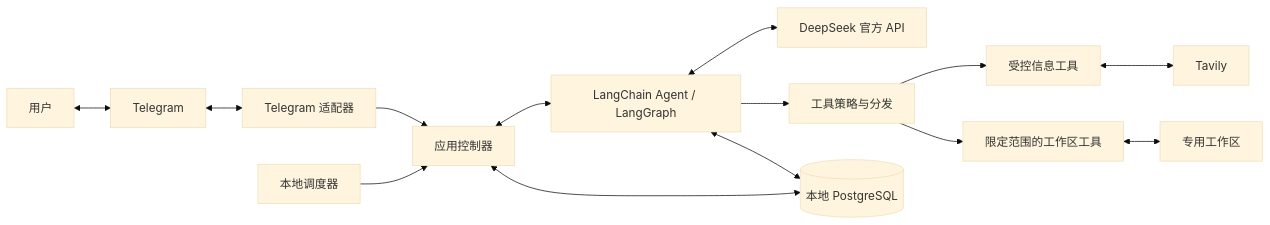
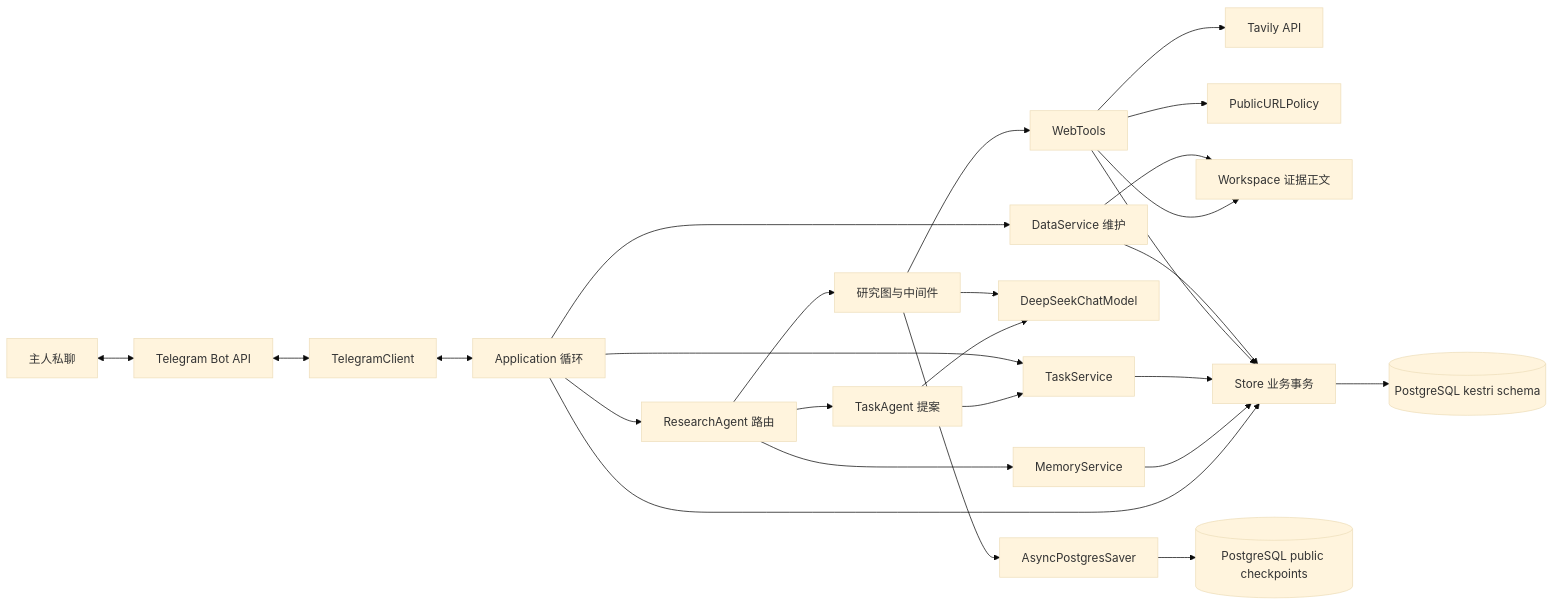
One commit to jslee124/kestri changed the first of 2 diagrams in docs/design/architecture.zh-CN.md. Above: the diagram before and after it, drawn with Mermaid (base theme). The commit also changed other lines of this file and 62 other files, not shown here.

````diff
--- a/docs/design/architecture.zh-CN.md
+++ b/docs/design/architecture.zh-CN.md
@@ -11,16 +13,28 @@
 ```mermaid
 flowchart LR
-    U[用户] <--> T[Telegram]
-    T <--> A[Telegram 适配器]
-    A --> C[应用控制器]
-    S[本地调度器] --> C
-    C <--> R[LangChain Agent / LangGraph]
-    R <--> M[DeepSeek 官方 API]
-    R --> P[工具策略与分发]
-    P --> W[受控信息工具]
-    W <--> V[Tavily]
-    P --> F[限定范围的工作区工具]
-    F <--> D[专用工作区]
-    C <--> DB[(本地 PostgreSQL)]
-    R <--> DB
+    Owner[主人私聊] <--> Telegram[Telegram Bot API]
+    Telegram <--> Adapter[TelegramClient]
+    Adapter <--> App[Application 循环]
+    App --> Research[ResearchAgent 路由]
+    Research --> Memory[MemoryService]
+    Research --> TaskAgent[TaskAgent 提案]
+    TaskAgent --> Tasks[TaskService]
+    App --> Tasks
+    Research --> Graph[研究图与中间件]
+    TaskAgent --> Model[DeepSeekChatModel]
+    Graph --> Model
+    Graph --> Tools[WebTools]
+    Tools --> Tavily[Tavily API]
+    Tools --> URL[PublicURLPolicy]
+    Tools --> Files[Workspace 证据正文]
+    App --> Store[Store 业务事务]
+    Memory --> Store
+    Tasks --> Store
+    Tools --> Store
+    Graph --> Saver[AsyncPostgresSaver]
+    Store --> DB[(PostgreSQL kestri schema)]
+    Saver --> Checkpoints[(PostgreSQL public checkpoints)]
+    App --> Data[DataService 维护]
+    Data --> Store
+    Data --> Files
 ```
````
